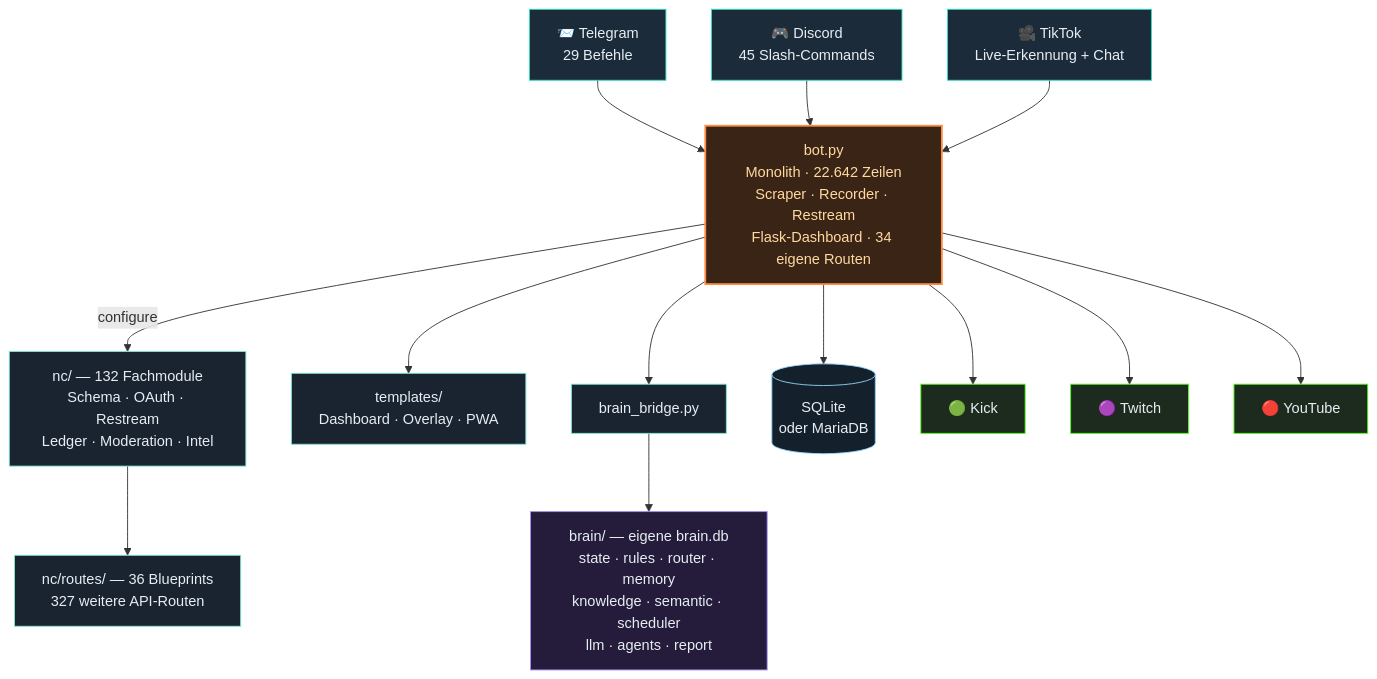
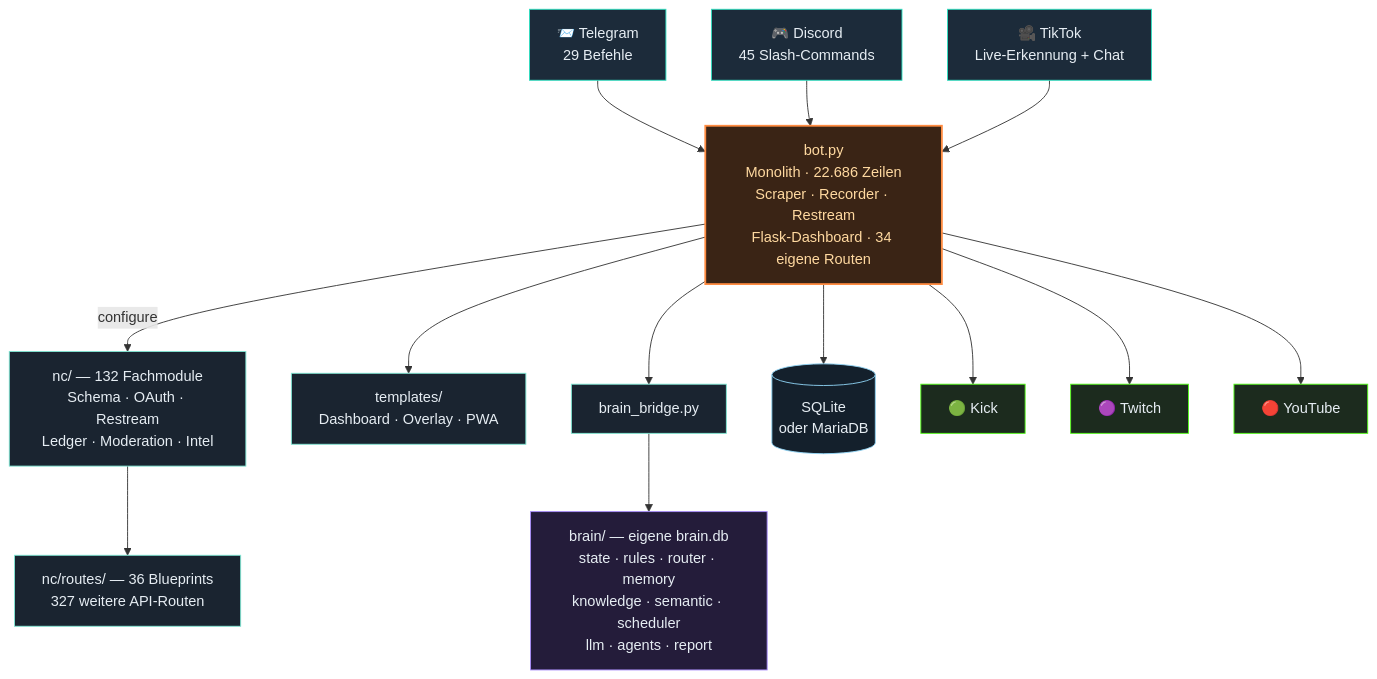
One commit to itsamemedev/Telegram-Stream-Info-Bot changed the third of 4 diagrams in README.md. Above: the diagram before and after it, drawn with Mermaid. The commit also changed other lines of this file and 9 other files, not shown here.

````diff
--- a/README.md
+++ b/README.md
@@ -189,30 +189,30 @@
 ```mermaid
 flowchart TB
     TG["📨 Telegram<br/>29 Befehle"]:::ein
     DC["🎮 Discord<br/>45 Slash-Commands"]:::ein
     TT["🎥 TikTok<br/>Live-Erkennung + Chat"]:::ein
 
     TG --> BOT
     DC --> BOT
     TT --> BOT
 
-    BOT["bot.py<br/>Monolith · 22.642 Zeilen<br/>Scraper · Recorder · Restream<br/>Flask-Dashboard · 34 eigene Routen"]:::core
+    BOT["bot.py<br/>Monolith · 22.686 Zeilen<br/>Scraper · Recorder · Restream<br/>Flask-Dashboard · 34 eigene Routen"]:::core
 
     BOT -->|configure| NC["nc/ — 132 Fachmodule<br/>Schema · OAuth · Restream<br/>Ledger · Moderation · Intel"]:::lib
     NC --> RT["nc/routes/ — 36 Blueprints<br/>327 weitere API-Routen"]:::lib
     BOT --> TPL["templates/<br/>Dashboard · Overlay · PWA"]:::lib
     BOT --> BR["brain_bridge.py"]:::lib
     BR --> BRAIN["brain/ — eigene brain.db<br/>state · rules · router · memory<br/>knowledge · semantic · scheduler<br/>llm · agents · report"]:::brain
     BOT --> DB[("SQLite<br/>oder MariaDB")]:::db
 
     BOT --> KICK["🟢 Kick"]:::out
     BOT --> TW["🟣 Twitch"]:::out
     BOT --> YT["🔴 YouTube"]:::out
 
     classDef ein fill:#1c2b3a,stroke:#2de1c2,color:#e6edf3
     classDef core fill:#3a2415,stroke:#ff8c42,stroke-width:2px,color:#ffd9a0
     classDef lib fill:#1a2430,stroke:#7fe7d4,color:#e6edf3
     classDef brain fill:#241c3a,stroke:#a78bfa,color:#e6edf3
     classDef db fill:#14202c,stroke:#8fd3f4,color:#e6edf3
     classDef out fill:#1c2b1e,stroke:#53fc18,color:#e6edf3
 ```
````
